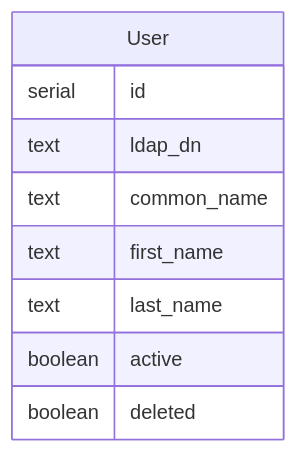
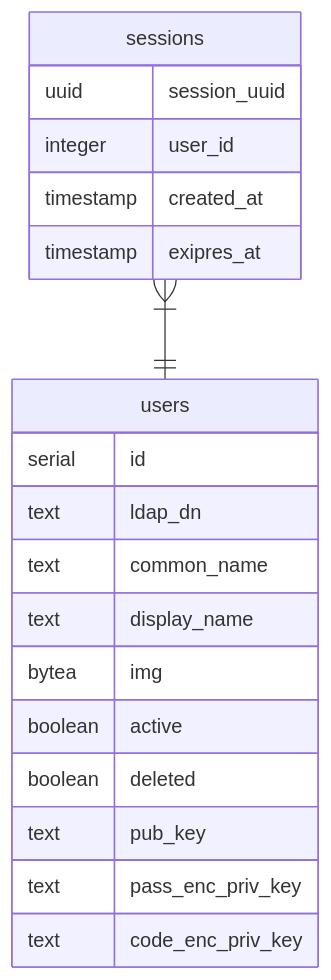
The diagram in docs/DatabaseSchema.md (MrJujek/gda), drawn with Mermaid before and after one commit. The commit also changed 7 other files, not shown here.

````diff
--- a/docs/DatabaseSchema.md
+++ b/docs/DatabaseSchema.md
@@ -5,12 +5,22 @@
 ```mermaid
 erDiagram
-    User {
+    users {
         serial  id
         text    ldap_dn
         text    common_name
-        text    first_name
-        text    last_name
+        text    display_name
+        bytea   img
         boolean active
         boolean deleted
+        text    pub_key
+        text    pass_enc_priv_key
+        text    code_enc_priv_key
     }
+    sessions {
+        uuid        session_uuid
+        integer     user_id
+        timestamp   created_at
+        timestamp   exipres_at 
+    }
+    sessions 1+--1 users : ""
 ```
````
